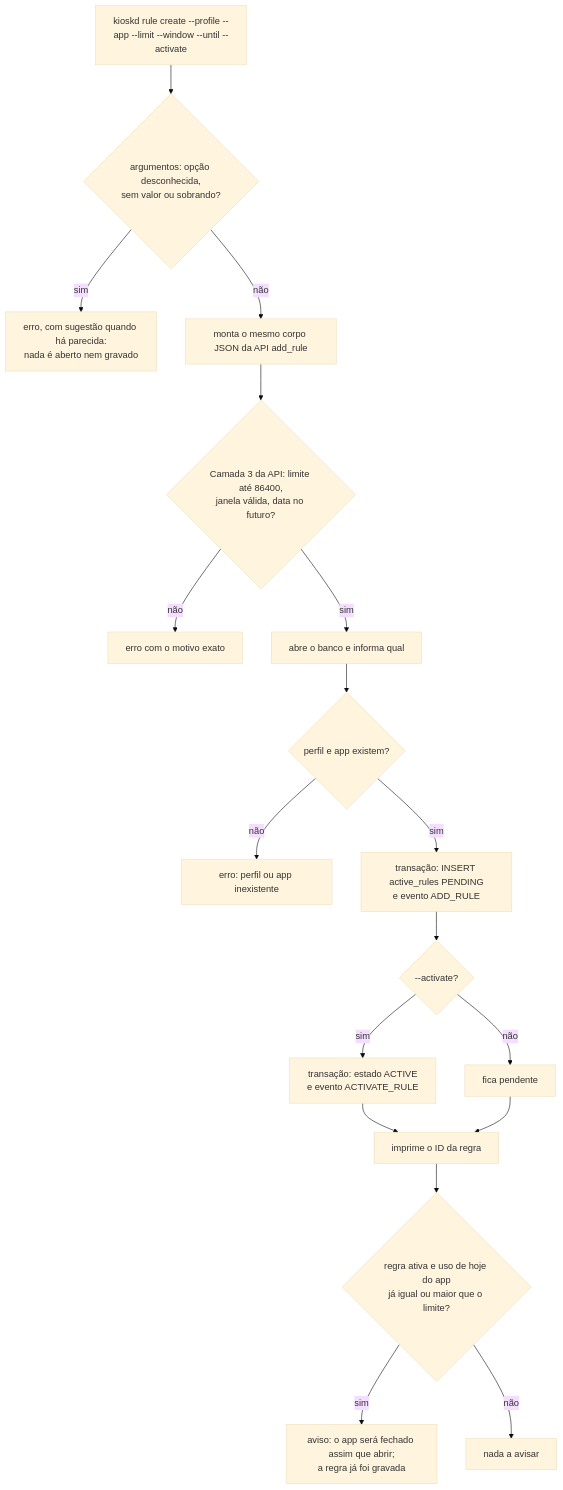
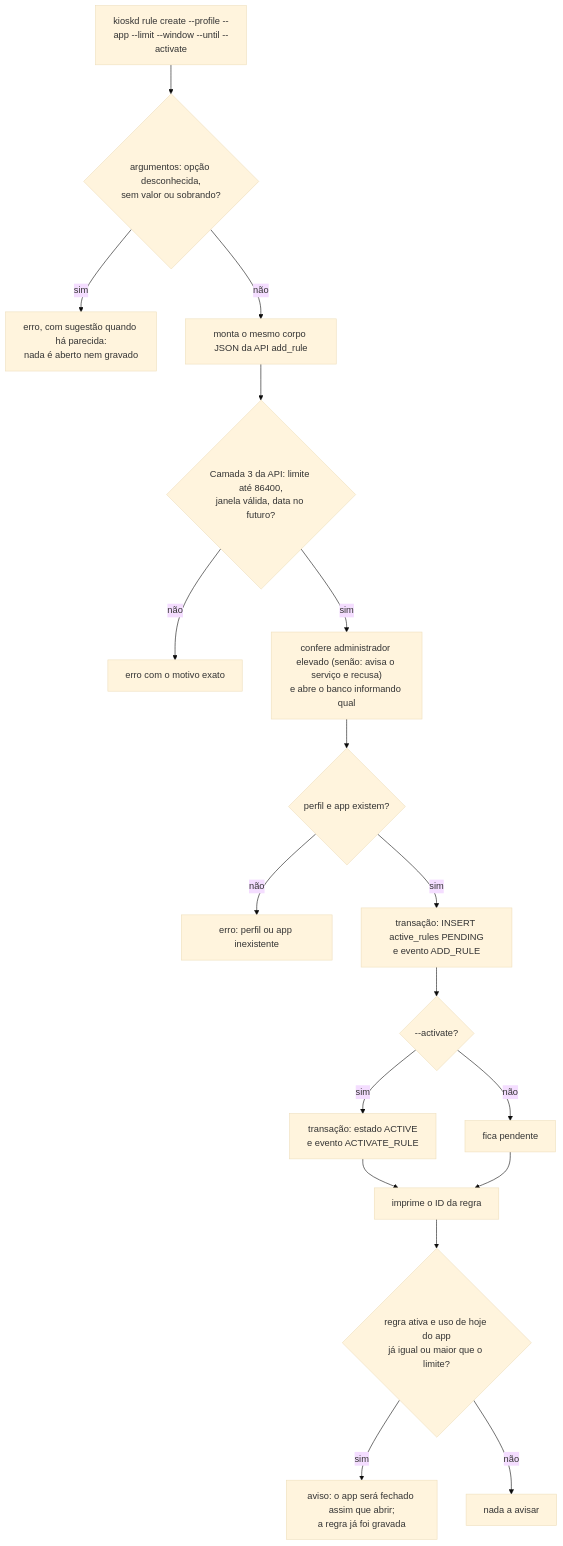
Before and after one commit to jefersonlop3s/kiosk-engine: diagram 13 of 28 in docs/architecture/fluxos-dos-comandos.md, drawn with Mermaid (base theme). The commit also changed other lines of this file and 22 other files, not shown here.

````diff
--- a/docs/architecture/fluxos-dos-comandos.md
+++ b/docs/architecture/fluxos-dos-comandos.md
@@ -203,20 +205,20 @@
 ```mermaid
 flowchart TD
     A["kioskd rule create --profile --app --limit --window --until --activate"] --> A2{"argumentos: opção desconhecida,<br/>sem valor ou sobrando?"}
     A2 -->|sim| E0["erro, com sugestão quando há parecida:<br/>nada é aberto nem gravado"]
     A2 -->|não| B["monta o mesmo corpo JSON da API add_rule"]
     B --> C{"Camada 3 da API: limite até 86400,<br/>janela válida, data no futuro?"}
     C -->|não| E1["erro com o motivo exato"]
-    C -->|sim| D["abre o banco e informa qual"]
+    C -->|sim| D["confere administrador elevado (senão: avisa o serviço e recusa)<br/>e abre o banco informando qual"]
     D --> F{"perfil e app existem?"}
     F -->|não| E2["erro: perfil ou app inexistente"]
     F -->|sim| G["transação: INSERT active_rules PENDING<br/>e evento ADD_RULE"]
     G --> H{"--activate?"}
     H -->|sim| I["transação: estado ACTIVE<br/>e evento ACTIVATE_RULE"]
     H -->|não| J["fica pendente"]
     I --> K["imprime o ID da regra"]
     J --> K
     K --> W{"regra ativa e uso de hoje do app<br/>já igual ou maior que o limite?"}
     W -->|sim| W1["aviso: o app será fechado assim que abrir;<br/>a regra já foi gravada"]
     W -->|não| W2["nada a avisar"]
 ```
````
